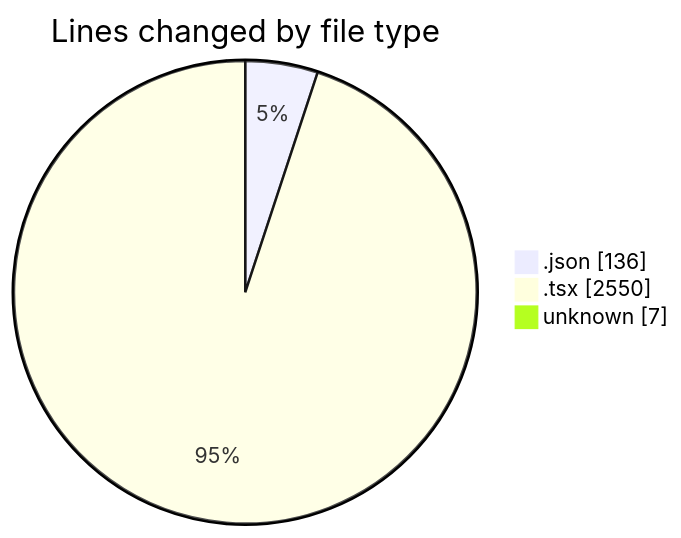
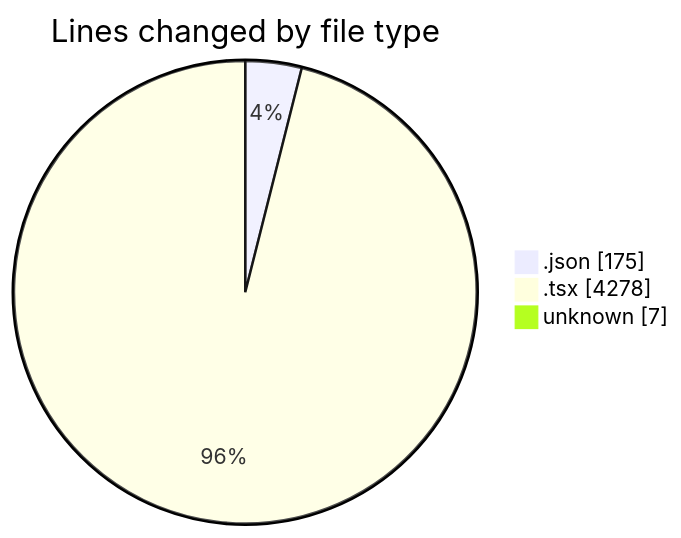
Before and after one commit to 3Nya3/code-tracking: the first of 2 diagrams in 2024-12-31/nyah/README.md, drawn with Mermaid. The commit also changed other lines of this file and 1 other file, not shown here.

````diff
--- a/2024-12-31/nyah/README.md
+++ b/2024-12-31/nyah/README.md
@@ -23,7 +23,7 @@
 ```mermaid
 pie showData
 title Lines changed by file type
-".json" : 136
-".tsx" : 2550
+".json" : 175
+".tsx" : 4278
 "unknown" : 7
 ```
````
